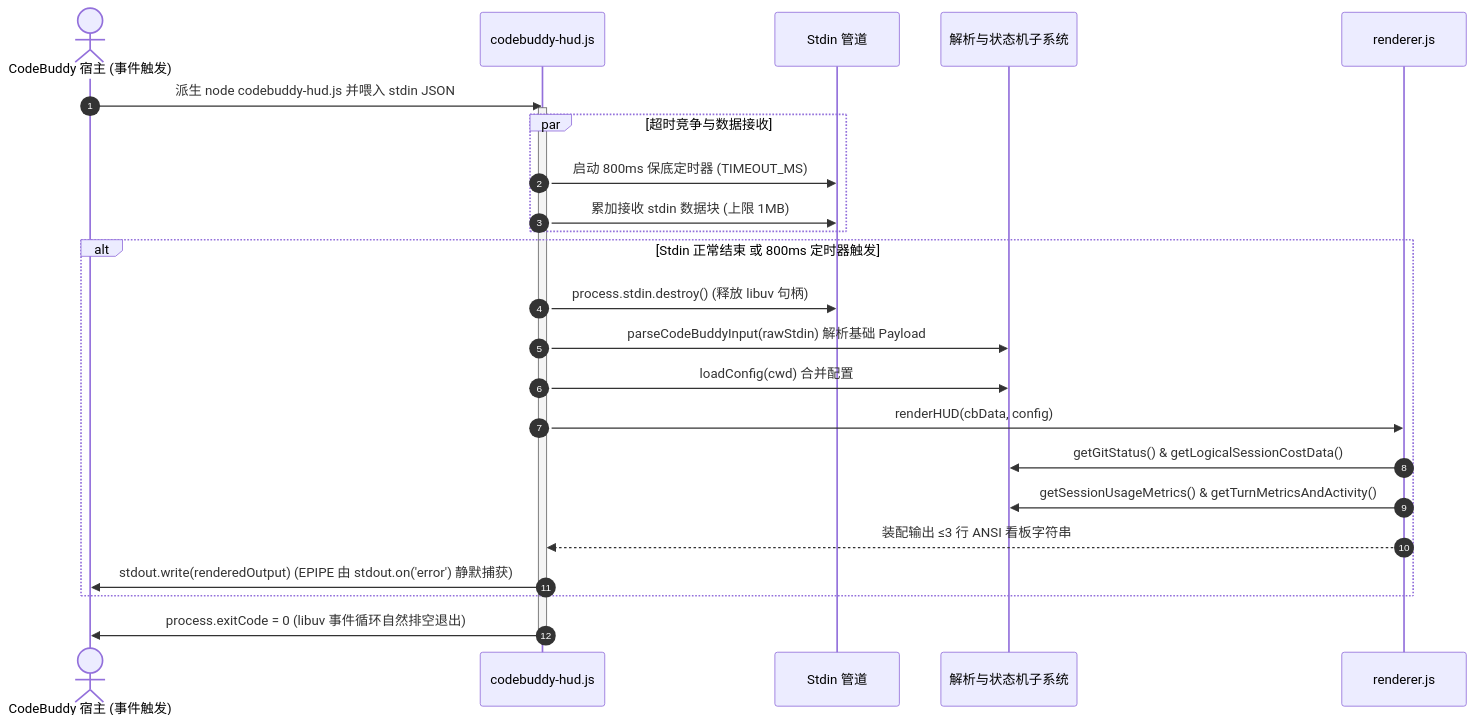
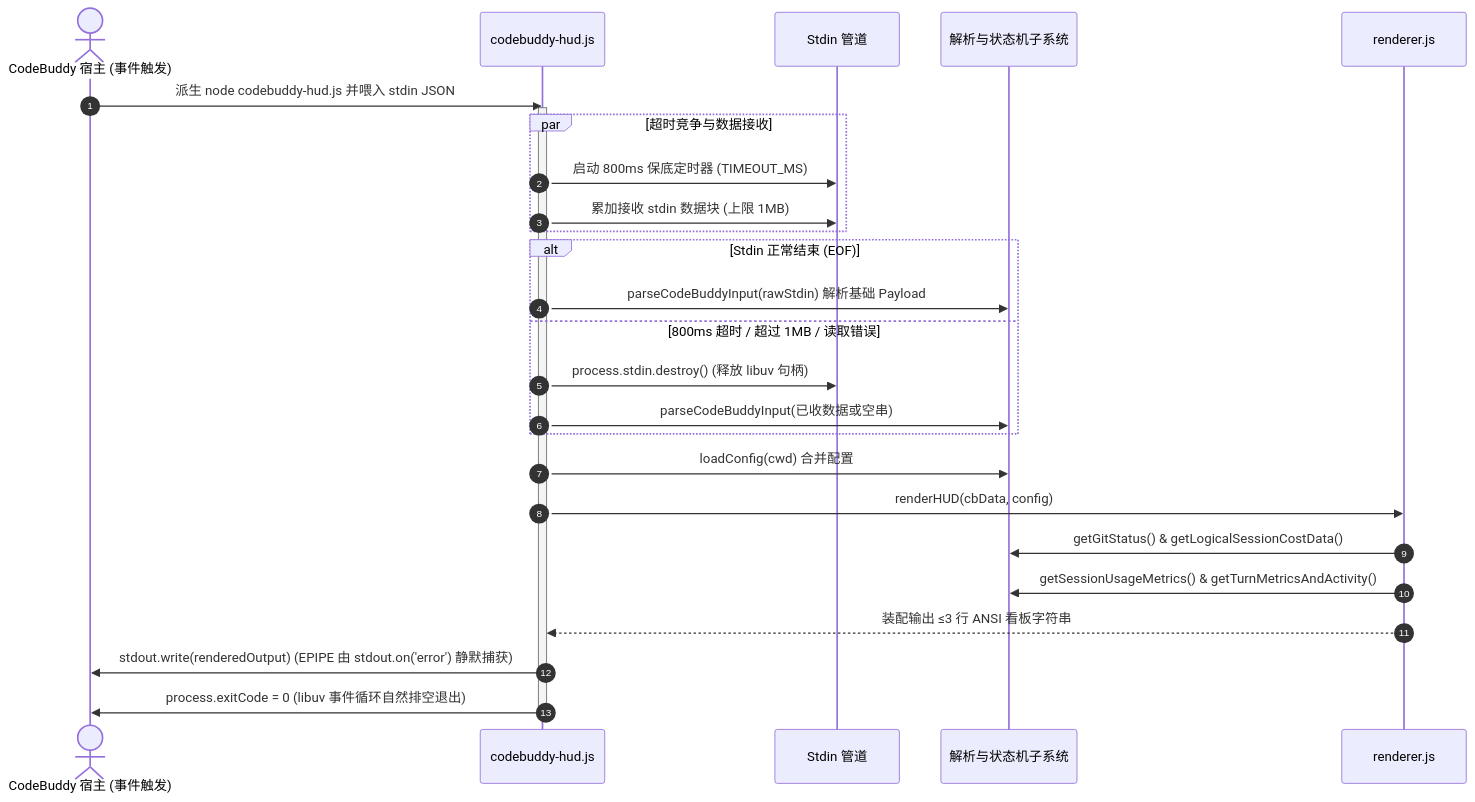
The second of 2 diagrams in docs/architecture_zh.md (XisFool/codebuddy-hud), drawn with Mermaid before and after one commit. The commit also changed other lines of this file and 8 other files, not shown here.

````diff
--- a/docs/architecture_zh.md
+++ b/docs/architecture_zh.md
@@ -99,31 +122,33 @@
 ```mermaid
 sequenceDiagram
     autonumber
     actor Host as CodeBuddy 宿主 (事件触发)
     participant Entry as codebuddy-hud.js
     participant Stdin as Stdin 管道
     participant Engine as 解析与状态机子系统
     participant Renderer as renderer.js
 
     Host->>Entry: 派生 node codebuddy-hud.js 并喂入 stdin JSON
     activate Entry
     
     par 超时竞争与数据接收
         Entry->>Stdin: 启动 800ms 保底定时器 (TIMEOUT_MS)
         Entry->>Stdin: 累加接收 stdin 数据块 (上限 1MB)
     end
 
-    alt Stdin 正常结束 或 800ms 定时器触发
+    alt Stdin 正常结束 (EOF)
+        Entry->>Engine: parseCodeBuddyInput(rawStdin) 解析基础 Payload
+    else 800ms 超时 / 超过 1MB / 读取错误
         Entry->>Stdin: process.stdin.destroy() (释放 libuv 句柄)
-        Entry->>Engine: parseCodeBuddyInput(rawStdin) 解析基础 Payload
-        Entry->>Engine: loadConfig(cwd) 合并配置
-        Entry->>Renderer: renderHUD(cbData, config)
-        Renderer->>Engine: getGitStatus() & getLogicalSessionCostData()
-        Renderer->>Engine: getSessionUsageMetrics() & getTurnMetricsAndActivity()
-        Renderer-->>Entry: 装配输出 ≤3 行 ANSI 看板字符串
-        Entry->>Host: stdout.write(renderedOutput) (EPIPE 由 stdout.on('error') 静默捕获)
+        Entry->>Engine: parseCodeBuddyInput(已收数据或空串)
     end
+    Entry->>Engine: loadConfig(cwd) 合并配置
+    Entry->>Renderer: renderHUD(cbData, config)
+    Renderer->>Engine: getGitStatus() & getLogicalSessionCostData()
+    Renderer->>Engine: getSessionUsageMetrics() & getTurnMetricsAndActivity()
+    Renderer-->>Entry: 装配输出 ≤3 行 ANSI 看板字符串
+    Entry->>Host: stdout.write(renderedOutput) (EPIPE 由 stdout.on('error') 静默捕获)
 
     Entry->>Host: process.exitCode = 0 (libuv 事件循环自然排空退出)
     deactivate Entry
 ```
````
